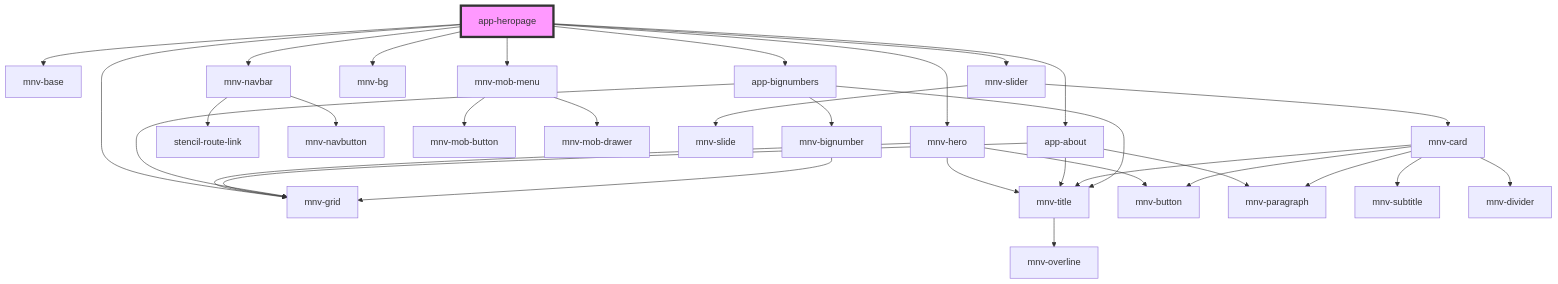
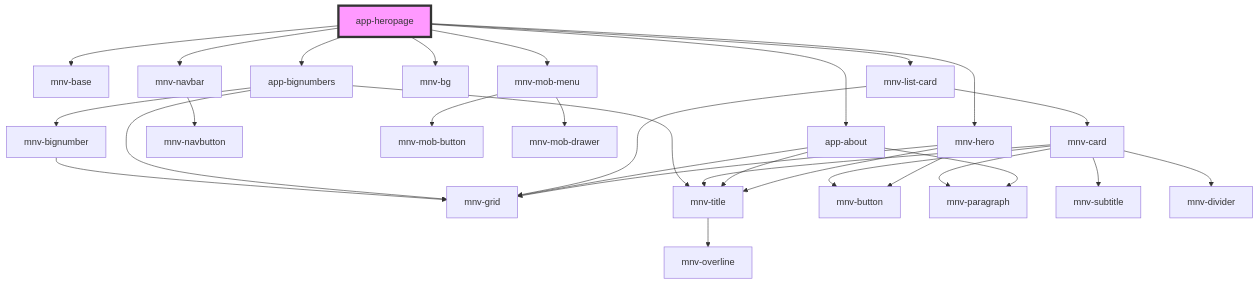
Before and after one commit to rafaela-vairo/ufrj-sustainable: the diagram in src/components/app-pages/app-heropage/readme.md, drawn with Mermaid. The commit also changed other lines of this file and 26 other files, not shown here.

````diff
--- a/src/components/app-pages/app-heropage/readme.md
+++ b/src/components/app-pages/app-heropage/readme.md
@@ -30,35 +29,33 @@
 ```mermaid
 graph TD;
   app-heropage --> mnv-base
   app-heropage --> mnv-navbar
   app-heropage --> mnv-mob-menu
   app-heropage --> mnv-hero
   app-heropage --> mnv-bg
   app-heropage --> app-about
-  app-heropage --> mnv-grid
-  app-heropage --> mnv-slider
+  app-heropage --> mnv-list-card
   app-heropage --> app-bignumbers
-  mnv-navbar --> stencil-route-link
   mnv-navbar --> mnv-navbutton
   mnv-mob-menu --> mnv-mob-button
   mnv-mob-menu --> mnv-mob-drawer
   mnv-hero --> mnv-grid
   mnv-hero --> mnv-title
   mnv-hero --> mnv-button
   mnv-title --> mnv-overline
   app-about --> mnv-grid
   app-about --> mnv-title
   app-about --> mnv-paragraph
-  mnv-slider --> mnv-slide
-  mnv-slider --> mnv-card
+  mnv-list-card --> mnv-grid
+  mnv-list-card --> mnv-card
   mnv-card --> mnv-title
   mnv-card --> mnv-subtitle
   mnv-card --> mnv-divider
   mnv-card --> mnv-paragraph
   mnv-card --> mnv-button
   app-bignumbers --> mnv-grid
   app-bignumbers --> mnv-title
   app-bignumbers --> mnv-bignumber
   mnv-bignumber --> mnv-grid
   style app-heropage fill:#f9f,stroke:#333,stroke-width:4px
 ```
````
